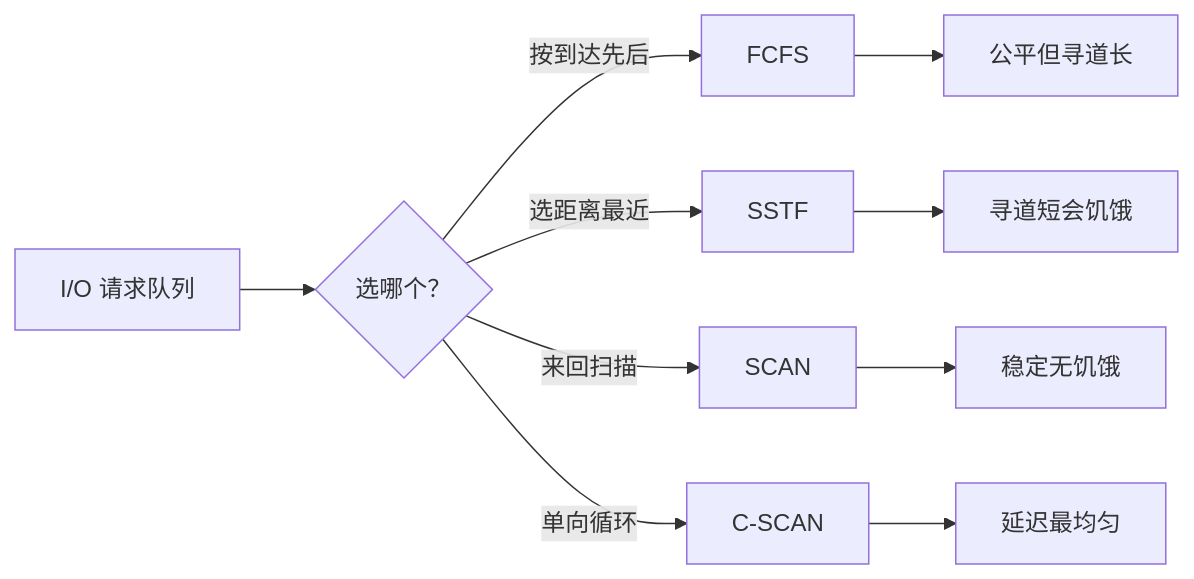
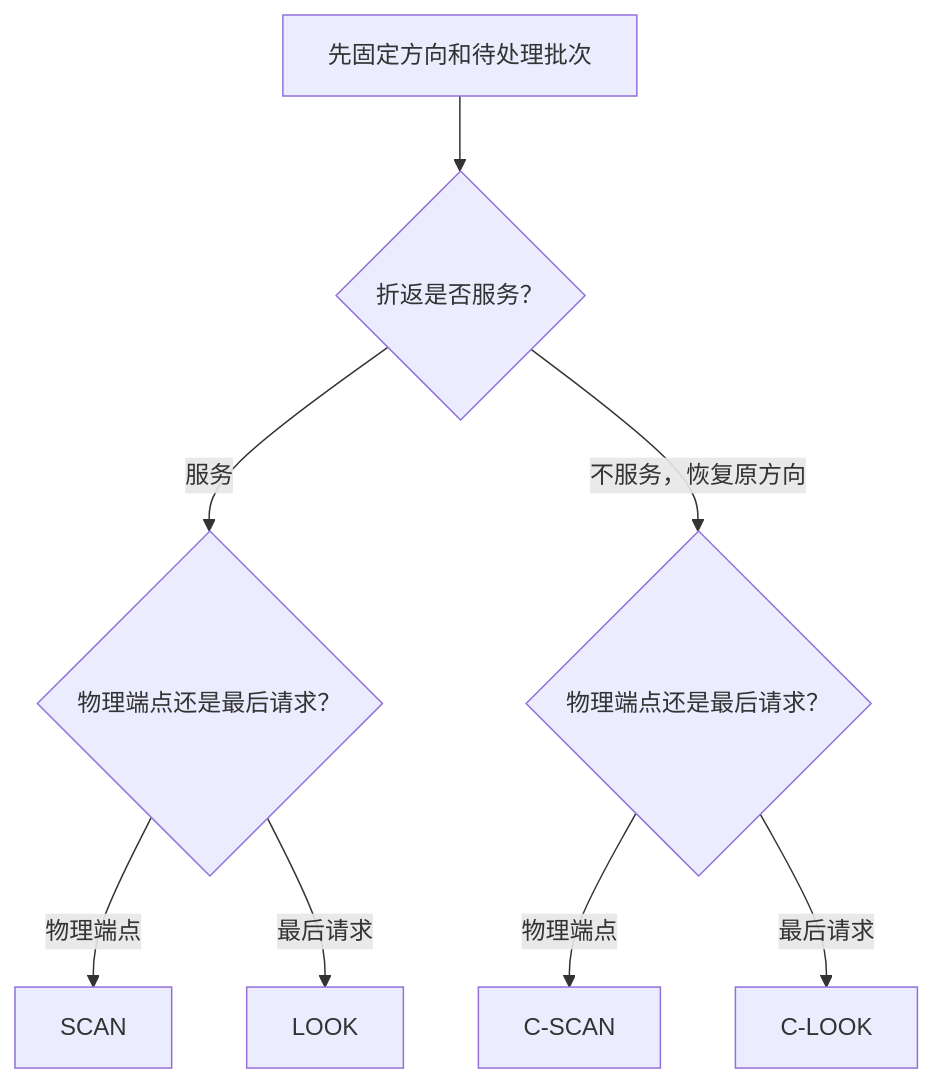
Before and after one commit to hicancan/njupt-knowledge: the diagram in topics/操作系统/磁盘调度算法.md, drawn with Mermaid. The commit also changed other lines of this file and 8 other files, not shown here.

````diff
--- a/topics/操作系统/磁盘调度算法.md
+++ b/topics/操作系统/磁盘调度算法.md
@@ -42,12 +41,10 @@
 ```mermaid
-flowchart LR
-    A["I/O 请求队列"] --> B{"选哪个？"}
-    B -->|按到达先后| C["FCFS"]
-    B -->|选距离最近| D["SSTF"]
-    B -->|来回扫描| E["SCAN"]
-    B -->|单向循环| F["C-SCAN"]
-    C --> G["公平但寻道长"]
-    D --> H["寻道短会饥饿"]
-    E --> I["稳定无饥饿"]
-    F --> J["延迟最均匀"]
+flowchart TD
+    A["先固定方向和待处理批次"] --> B{"折返是否服务？"}
+    B -->|服务| C{"物理端点还是最后请求？"}
+    B -->|不服务，恢复原方向| D{"物理端点还是最后请求？"}
+    C -->|物理端点| E["SCAN"]
+    C -->|最后请求| F["LOOK"]
+    D -->|物理端点| G["C-SCAN"]
+    D -->|最后请求| H["C-LOOK"]
 ```
````
